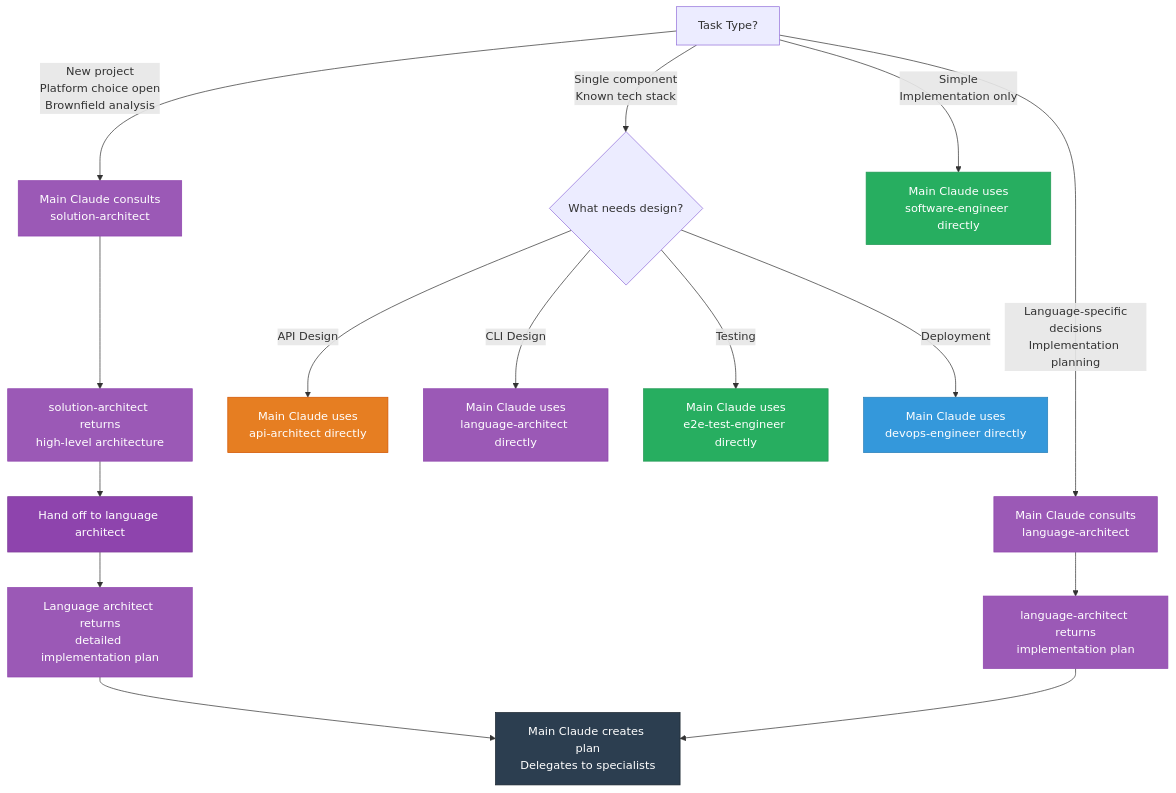
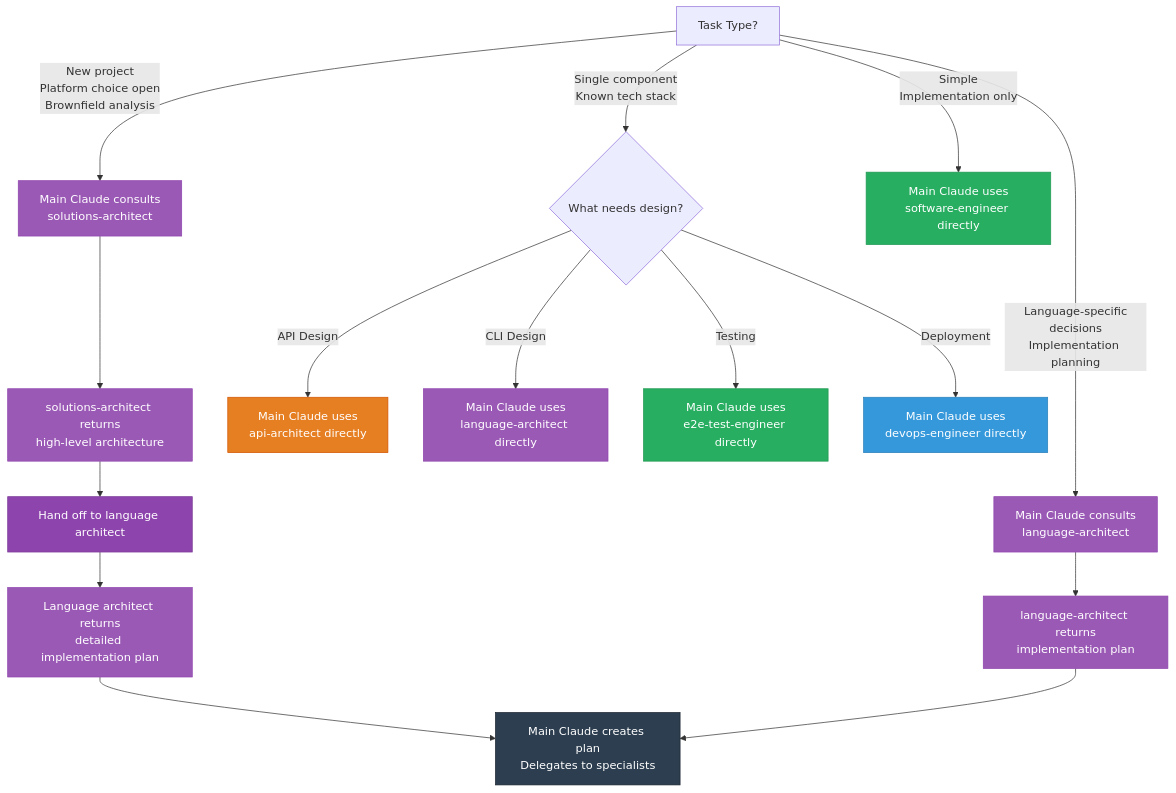
Before and after one commit to twistingmercury/claude-code-setup: the tenth of 10 diagrams in agents/ABOUT-THE-AGENTS.md, drawn with Mermaid. The commit also changed other lines of this file and 16 other files, not shown here.

````diff
--- a/agents/ABOUT-THE-AGENTS.md
+++ b/agents/ABOUT-THE-AGENTS.md
@@ -389,35 +389,35 @@
 ```mermaid
 graph TD
 Start[Task Type?]
-Start -->|New project<br/>Platform choice open<br/>Brownfield analysis| SoftArch[Main Claude consults<br/>solution-architect]
+Start -->|New project<br/>Platform choice open<br/>Brownfield analysis| SoftArch[Main Claude consults<br/>solutions-architect]
 Start -->|Language-specific<br/>decisions<br/>Implementation planning| LangArch[Main Claude consults<br/>language-architect]
 Start -->|Single component<br/>Known tech stack| Direct{What needs design?}
 Start -->|Simple<br/>Implementation only| Eng[Main Claude uses<br/>software-engineer directly]
 
-    SoftArch --> SoftRec[solution-architect returns<br/>high-level architecture]
+    SoftArch --> SoftRec[solutions-architect returns<br/>high-level architecture]
     SoftRec --> HandOff[Hand off to language architect]
     HandOff --> LangRec[Language architect returns<br/>detailed implementation plan]
     LangRec --> Plan[Main Claude creates plan<br/>Delegates to specialists]
 
     LangArch --> LangPlan[language-architect returns<br/>implementation plan]
     LangPlan --> Plan
 
     Direct -->|API Design| API[Main Claude uses<br/>api-architect directly]
     Direct -->|CLI Design| CLI[Main Claude uses<br/>language-architect directly]
     Direct -->|Testing| E2E[Main Claude uses<br/>e2e-test-engineer directly]
     Direct -->|Deployment| DevOps[Main Claude uses<br/>devops-engineer directly]
 
     style SoftArch fill:#9b59b6,stroke:#8e44ad,color:#fff
     style LangArch fill:#9b59b6,stroke:#8e44ad,color:#fff
     style Eng fill:#27ae60,stroke:#229954,color:#fff
     style API fill:#e67e22,stroke:#d35400,color:#fff
     style CLI fill:#9b59b6,stroke:#8e44ad,color:#fff
     style E2E fill:#27ae60,stroke:#229954,color:#fff
     style DevOps fill:#3498db,stroke:#2980b9,color:#fff
     style SoftRec fill:#9b59b6,stroke:#8e44ad,color:#fff
     style LangPlan fill:#9b59b6,stroke:#8e44ad,color:#fff
     style HandOff fill:#8e44ad,stroke:#7d3c98,color:#fff
     style LangRec fill:#9b59b6,stroke:#8e44ad,color:#fff
     style Plan fill:#2c3e50,stroke:#1a252f,color:#fff
 
 ```
````
